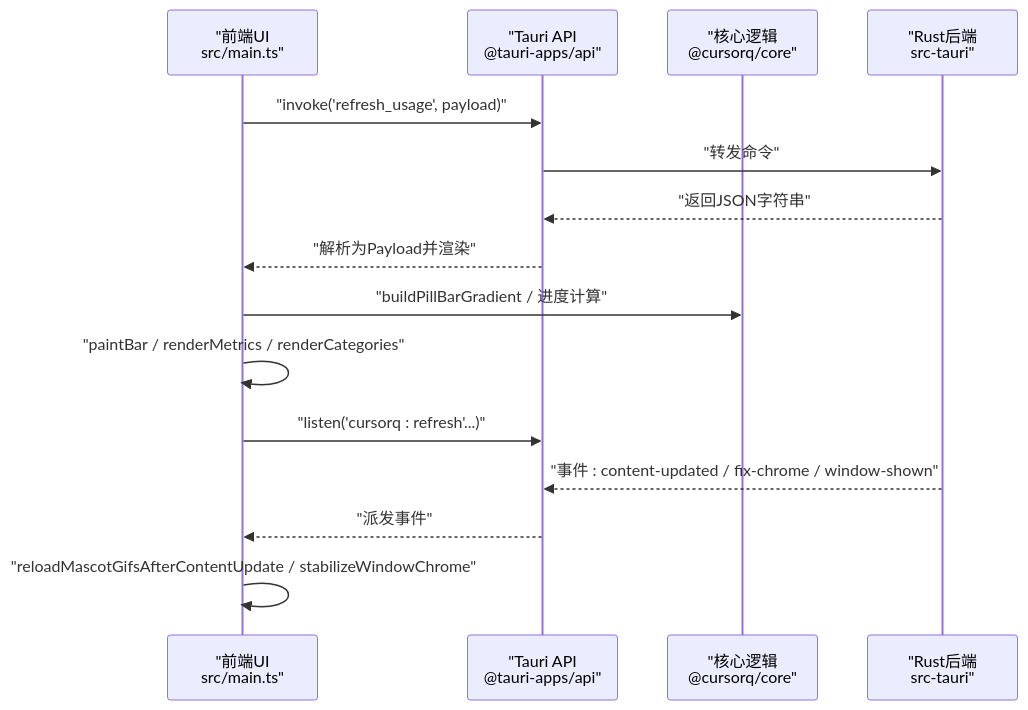
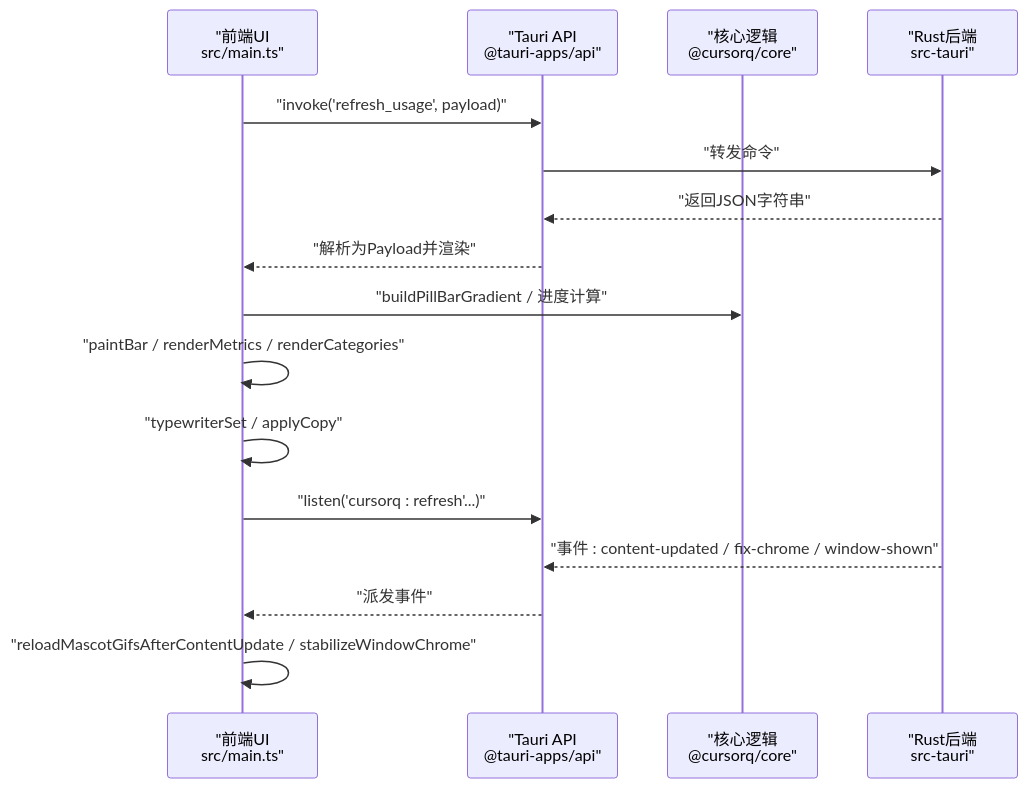
Before and after one commit to Sev73n/cursorq: the second of 10 diagrams in .qoder/repowiki/zh/content/前端架构/前端架构.md, drawn with Mermaid. The commit also changed other lines of this file and 10 other files, not shown here.

````diff
--- a/.qoder/repowiki/zh/content/前端架构/前端架构.md
+++ b/.qoder/repowiki/zh/content/前端架构/前端架构.md
@@ -102,17 +103,18 @@
 ```mermaid
 sequenceDiagram
 participant UI as "前端UI<br/>src/main.ts"
 participant Tauri as "Tauri API<br/>@tauri-apps/api"
 participant Core as "核心逻辑<br/>@cursorq/core"
 participant Rust as "Rust后端<br/>src-tauri"
 UI->>Tauri : "invoke('refresh_usage', payload)"
 Tauri->>Rust : "转发命令"
 Rust-->>Tauri : "返回JSON字符串"
 Tauri-->>UI : "解析为Payload并渲染"
 UI->>Core : "buildPillBarGradient / 进度计算"
 UI->>UI : "paintBar / renderMetrics / renderCategories"
+UI->>UI : "typewriterSet / applyCopy"
 UI->>Tauri : "listen('cursorq : refresh'...)"
 Rust-->>Tauri : "事件 : content-updated / fix-chrome / window-shown"
 Tauri-->>UI : "派发事件"
 UI->>UI : "reloadMascotGifsAfterContentUpdate / stabilizeWindowChrome"
 ```
````
